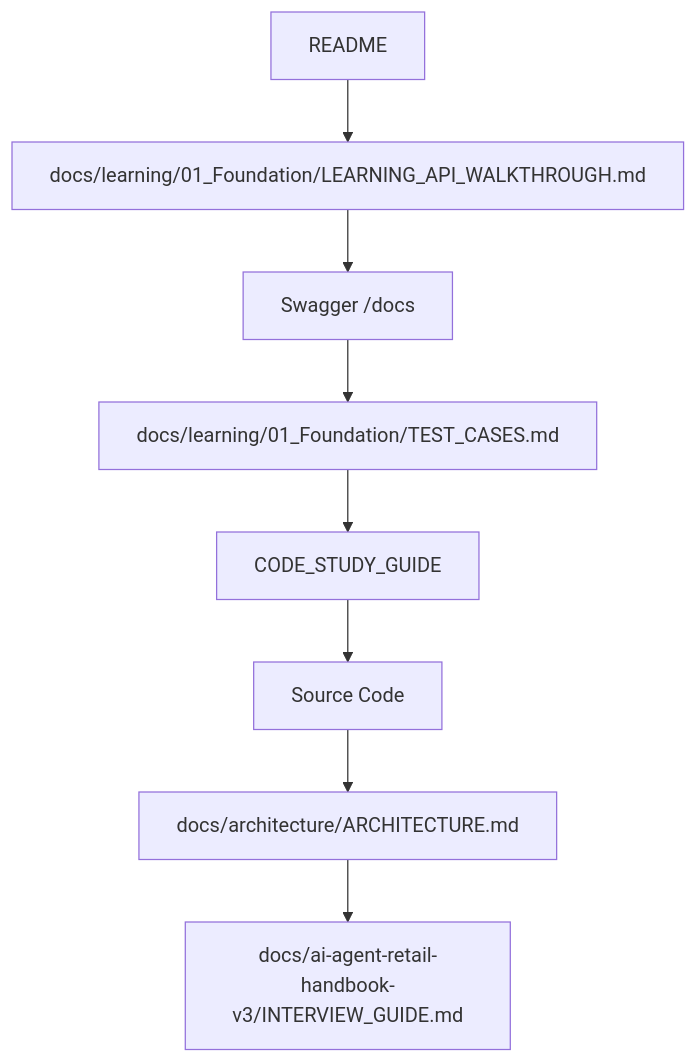
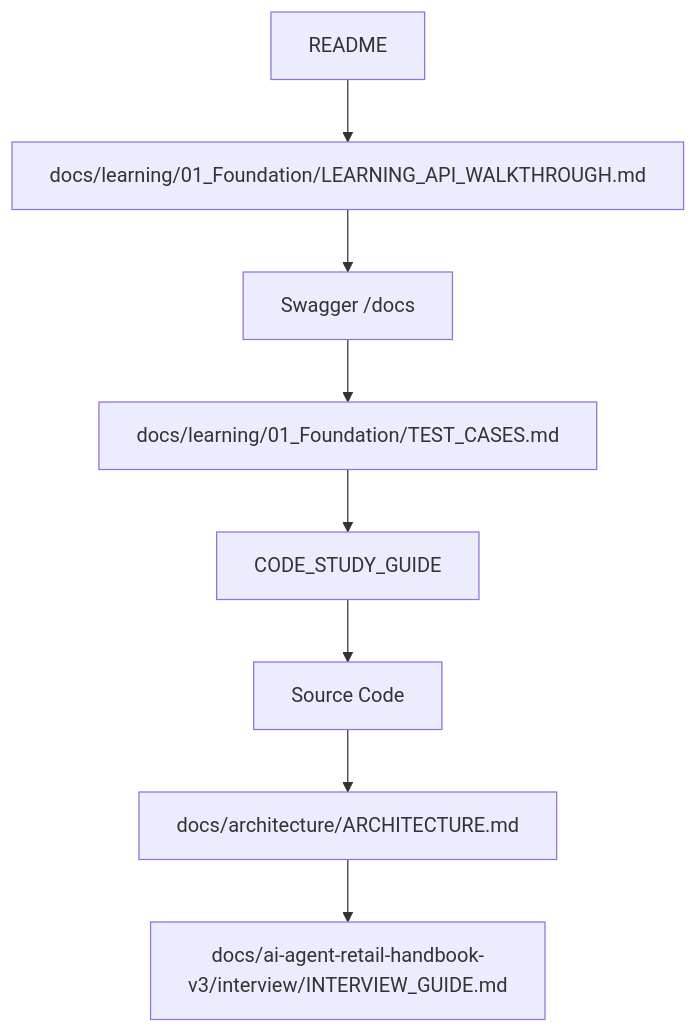
One commit to kurekako2017/vscode_study changed the diagram in ai-lab/ai-learn/retail-insight-ai/README.md. Above: the diagram before and after it, drawn with Mermaid. The commit also changed other lines of this file and 76 other files, not shown here.

````diff
--- a/ai-lab/ai-learn/retail-insight-ai/README.md
+++ b/ai-lab/ai-learn/retail-insight-ai/README.md
@@ -191,10 +191,10 @@
 ```mermaid
 flowchart TD
     A[README] --> B[docs/learning/01_Foundation/LEARNING_API_WALKTHROUGH.md]
     B --> C[Swagger /docs]
     C --> D[docs/learning/01_Foundation/TEST_CASES.md]
     D --> E[CODE_STUDY_GUIDE]
     E --> F[Source Code]
     F --> G[docs/architecture/ARCHITECTURE.md]
-    G --> H[docs/ai-agent-retail-handbook-v3/INTERVIEW_GUIDE.md]
+    G --> H[docs/ai-agent-retail-handbook-v3/interview/INTERVIEW_GUIDE.md]
 ```
````
